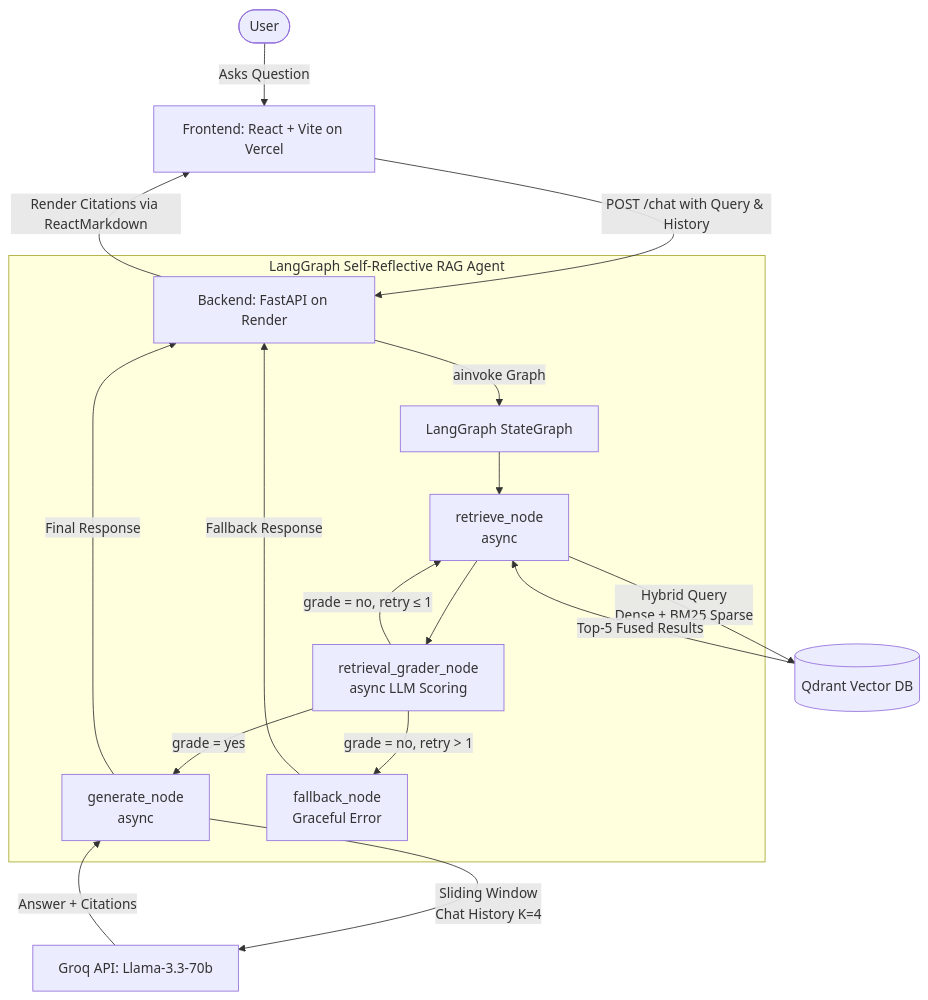
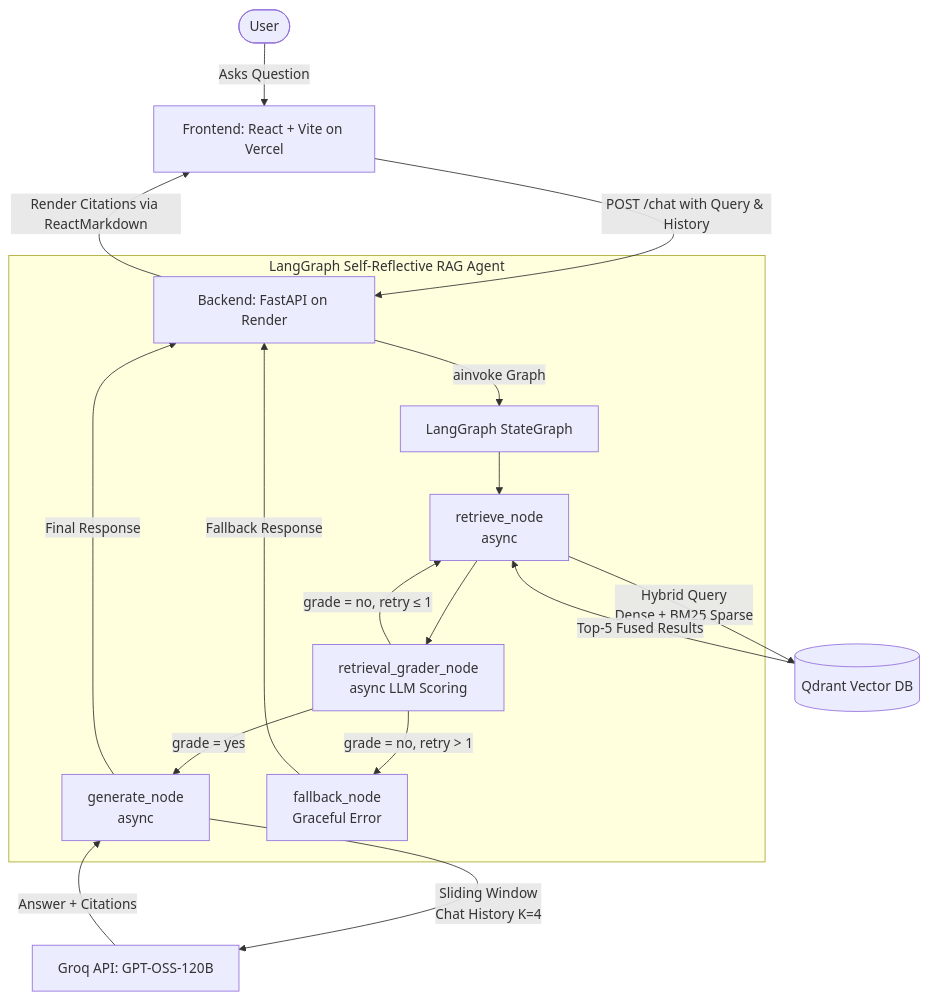
The diagram in README.md (dovh25/finrag-project), drawn with Mermaid before and after one commit. The commit also changed other lines of this file and 1 other file, not shown here.

First line of the commit message:
fix(agent): migrate LLM from decommissioned llama-3.3-70b-versatile to openai/gpt-oss-120b

````diff
--- a/README.md
+++ b/README.md
@@ -58,24 +58,24 @@
 ```mermaid
 graph TD
     User([User]) -->|Asks Question| UI[Frontend: React + Vite on Vercel]
     UI -->|POST /chat with Query & History| API[Backend: FastAPI on Render]
 
     subgraph LangGraph Self-Reflective RAG Agent
         API -->|ainvoke Graph| Agent[LangGraph StateGraph]
         Agent --> Retriever[retrieve_node\nasync]
         Retriever --> Grader[retrieval_grader_node\nasync LLM Scoring]
         Grader -->|grade = yes| Generator[generate_node\nasync]
         Grader -->|grade = no, retry ≤ 1| Retriever
         Grader -->|grade = no, retry > 1| Fallback[fallback_node\nGraceful Error]
     end
 
     Retriever -->|Hybrid Query\nDense + BM25 Sparse| Qdrant[(Qdrant Vector DB)]
     Qdrant -->|Top-5 Fused Results| Retriever
 
-    Generator -->|Sliding Window\nChat History K=4| Groq[Groq API: Llama-3.3-70b]
+    Generator -->|Sliding Window\nChat History K=4| Groq[Groq API: GPT-OSS-120B]
     Groq -->|Answer + Citations| Generator
 
     Generator -->|Final Response| API
     Fallback -->|Fallback Response| API
     API -->|Render Citations via ReactMarkdown| UI
 ```
````
